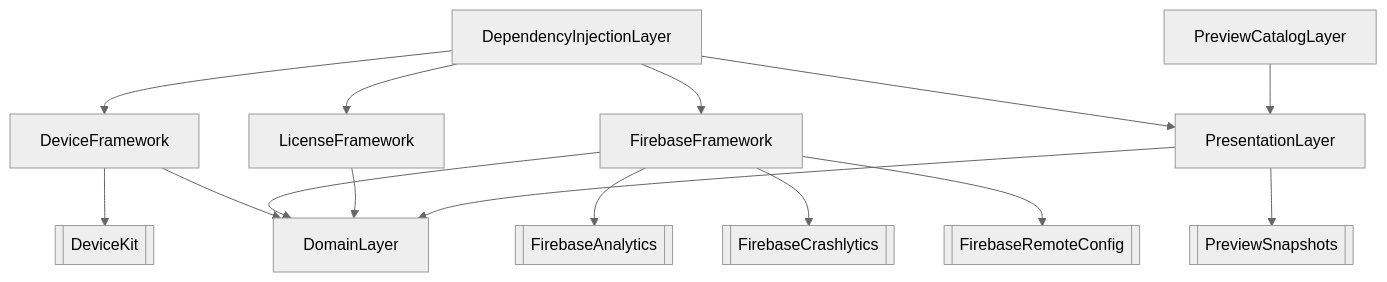
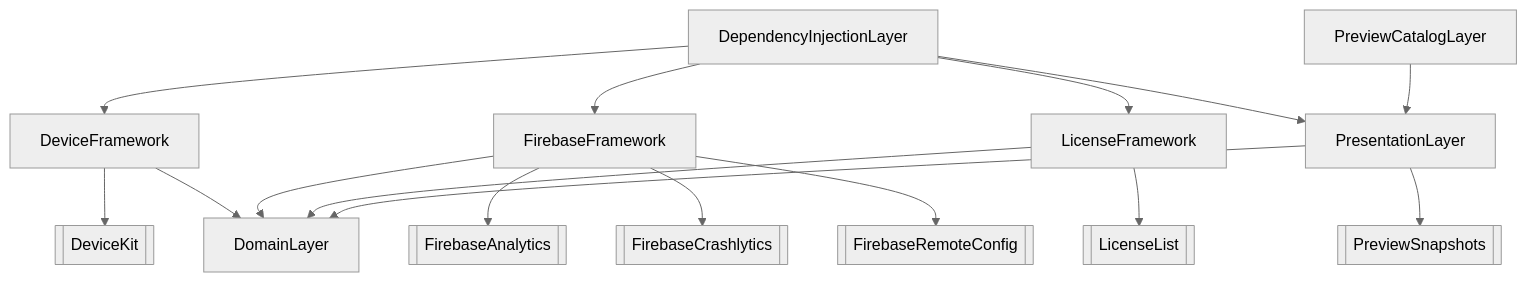
The diagram in asset/mermaid/library_targets.mmd (suguruTakahashi-1234/fia-practical-sample), drawn with Mermaid (neutral theme) before and after one commit. The commit also changed 9 other files, not shown here.

Commit message:
【LicenseList】LicensesPlugin -> LicenseList #140

```diff
--- a/asset/mermaid/library_targets.mmd
+++ b/asset/mermaid/library_targets.mmd
@@ -1,16 +1,17 @@
 flowchart TD
     DependencyInjectionLayer-->DeviceFramework
     DependencyInjectionLayer-->FirebaseFramework
     DependencyInjectionLayer-->LicenseFramework
     DependencyInjectionLayer-->PresentationLayer
     DeviceFramework-->DeviceKit[[DeviceKit]]
     DeviceFramework-->DomainLayer
     DomainLayer
     FirebaseFramework-->DomainLayer
     FirebaseFramework-->FirebaseAnalytics[[FirebaseAnalytics]]
     FirebaseFramework-->FirebaseCrashlytics[[FirebaseCrashlytics]]
     FirebaseFramework-->FirebaseRemoteConfig[[FirebaseRemoteConfig]]
     LicenseFramework-->DomainLayer
+    LicenseFramework-->LicenseList[[LicenseList]]
     PresentationLayer-->DomainLayer
     PresentationLayer-->PreviewSnapshots[[PreviewSnapshots]]
     PreviewCatalogLayer-->PresentationLayer
```
